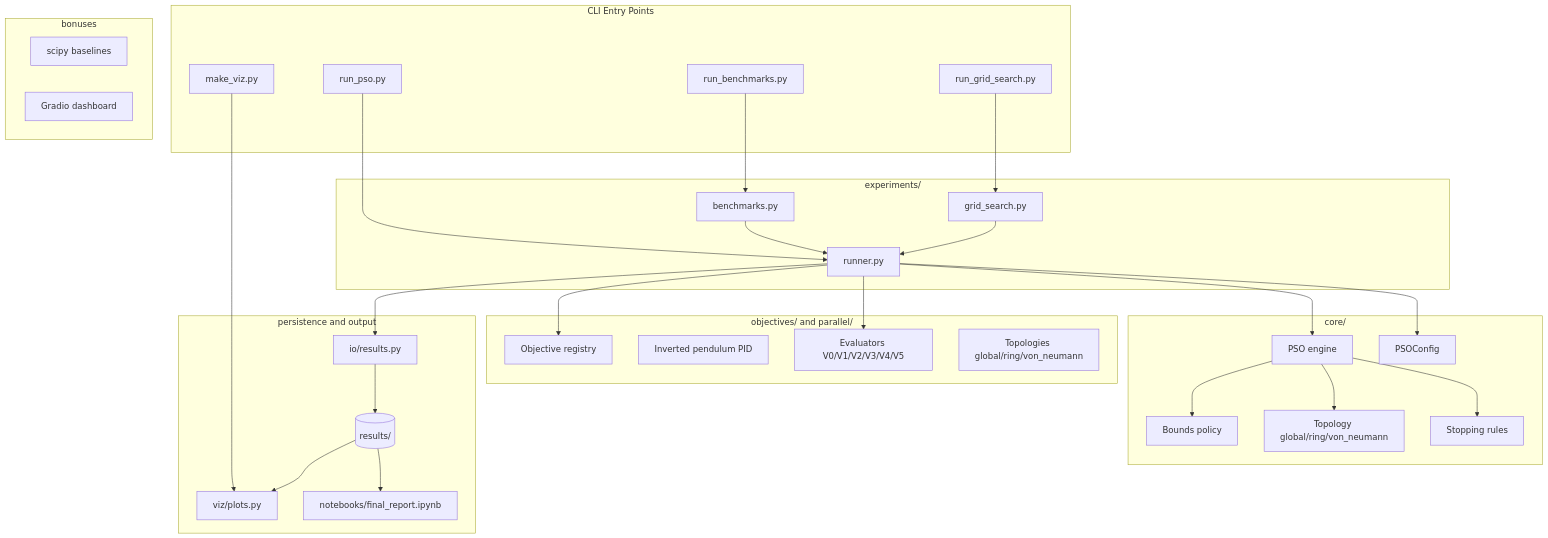
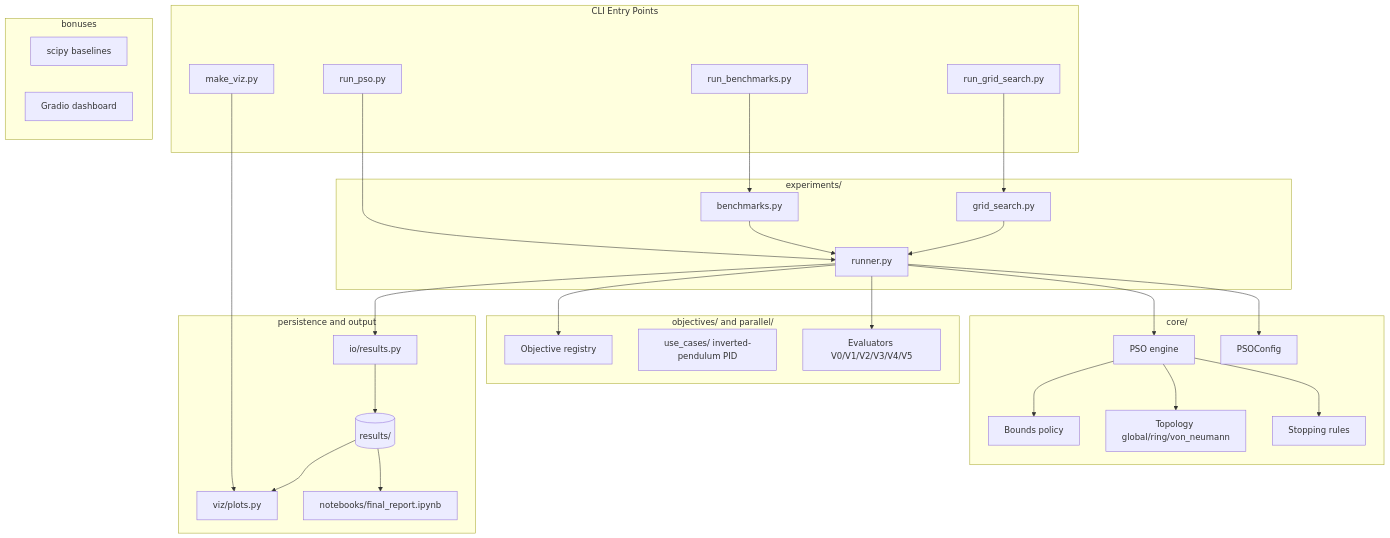
One commit to Lscotti-uni/PSO-python changed the diagram in README.md. Above: the diagram before and after it, drawn with Mermaid. The commit also changed other lines of this file, not shown here.

Commit message:
Drop duplicate topologies node and complete results/ subdir list in README

````diff
--- a/README.md
+++ b/README.md
@@ -50,64 +50,63 @@
 ```mermaid
 flowchart TD
     subgraph EntryPoints[CLI Entry Points]
         RP[run_pso.py]
         RB[run_benchmarks.py]
         RG[run_grid_search.py]
         MV[make_viz.py]
     end
 
     subgraph Experiments[experiments/]
         Runner[runner.py]
         Bench[benchmarks.py]
         Grid[grid_search.py]
     end
 
     subgraph Core[core/]
         PSO[PSO engine]
         Bounds[Bounds policy]
         Topology[Topology global/ring/von_neumann]
         Stop[Stopping rules]
         Config[PSOConfig]
     end
 
     subgraph Domain[objectives/ and parallel/]
         Objectives[Objective registry]
-        UseCase[Inverted pendulum PID]
+        UseCase[use_cases/ inverted-pendulum PID]
         Eval[Evaluators V0/V1/V2/V3/V4/V5]
-        Topo[Topologies global/ring/von_neumann]
     end
 
     subgraph Extras[bonuses]
         Baselines[scipy baselines]
         Dashboard[Gradio dashboard]
     end
 
     subgraph Persistence[persistence and output]
         IO[io/results.py]
         Results[(results/)]
         Viz[viz/plots.py]
         Report[notebooks/final_report.ipynb]
     end
 
     RP --> Runner
     RB --> Bench
     RG --> Grid
     MV --> Viz
 
     Bench --> Runner
     Grid --> Runner
 
     Runner --> Config
     Runner --> PSO
     Runner --> Objectives
     Runner --> Eval
     Runner --> IO
 
     PSO --> Bounds
     PSO --> Topology
     PSO --> Stop
 
     IO --> Results
     Results --> Viz
     Results --> Report
 ```
````
